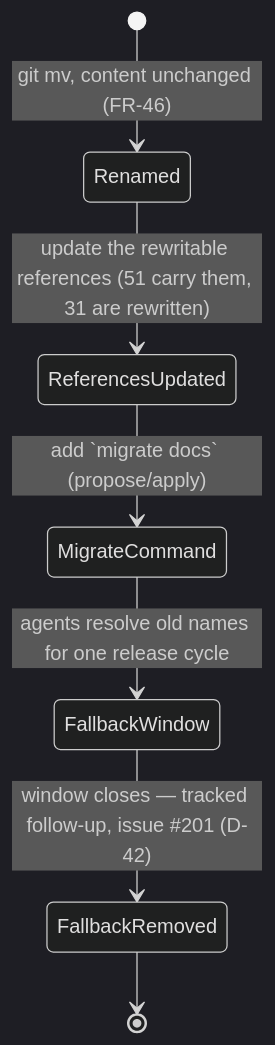
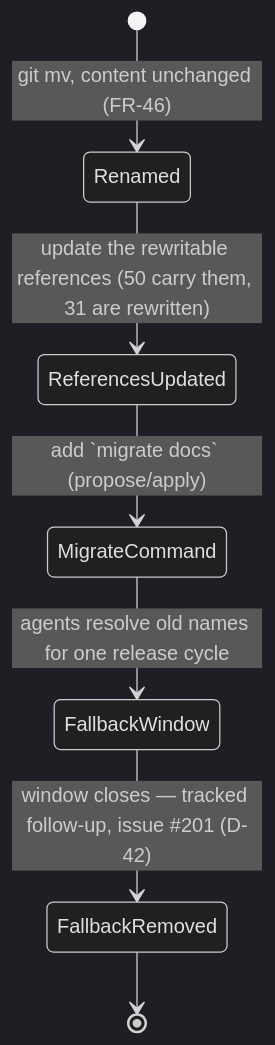
The third of 4 diagrams in workstream/specification-shared-understanding-phase-1.md (llipe/dev-tasks), drawn with Mermaid (dark theme) before and after one commit. The commit also changed other lines of this file and 3 other files, not shown here.

````diff
--- a/workstream/specification-shared-understanding-phase-1.md
+++ b/workstream/specification-shared-understanding-phase-1.md
@@ -129,9 +130,9 @@
 ```mermaid
 stateDiagram-v2
     [*] --> Renamed: git mv, content unchanged (FR-46)
-    Renamed --> ReferencesUpdated: update the rewritable references (51 carry them, 31 are rewritten)
+    Renamed --> ReferencesUpdated: update the rewritable references (50 carry them, 31 are rewritten)
     ReferencesUpdated --> MigrateCommand: add `migrate docs` (propose/apply)
     MigrateCommand --> FallbackWindow: agents resolve old names for one release cycle
     FallbackWindow --> FallbackRemoved: window closes — tracked follow-up, issue #201 (D-42)
     FallbackRemoved --> [*]
 ```
````
